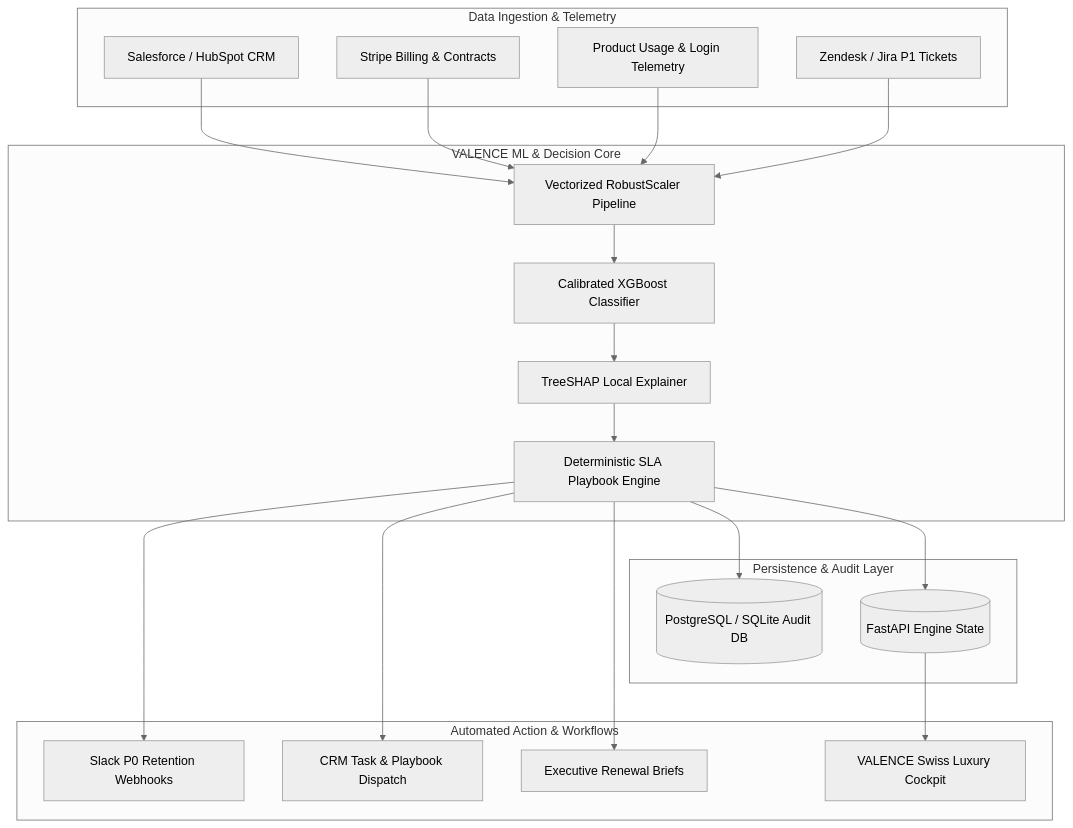
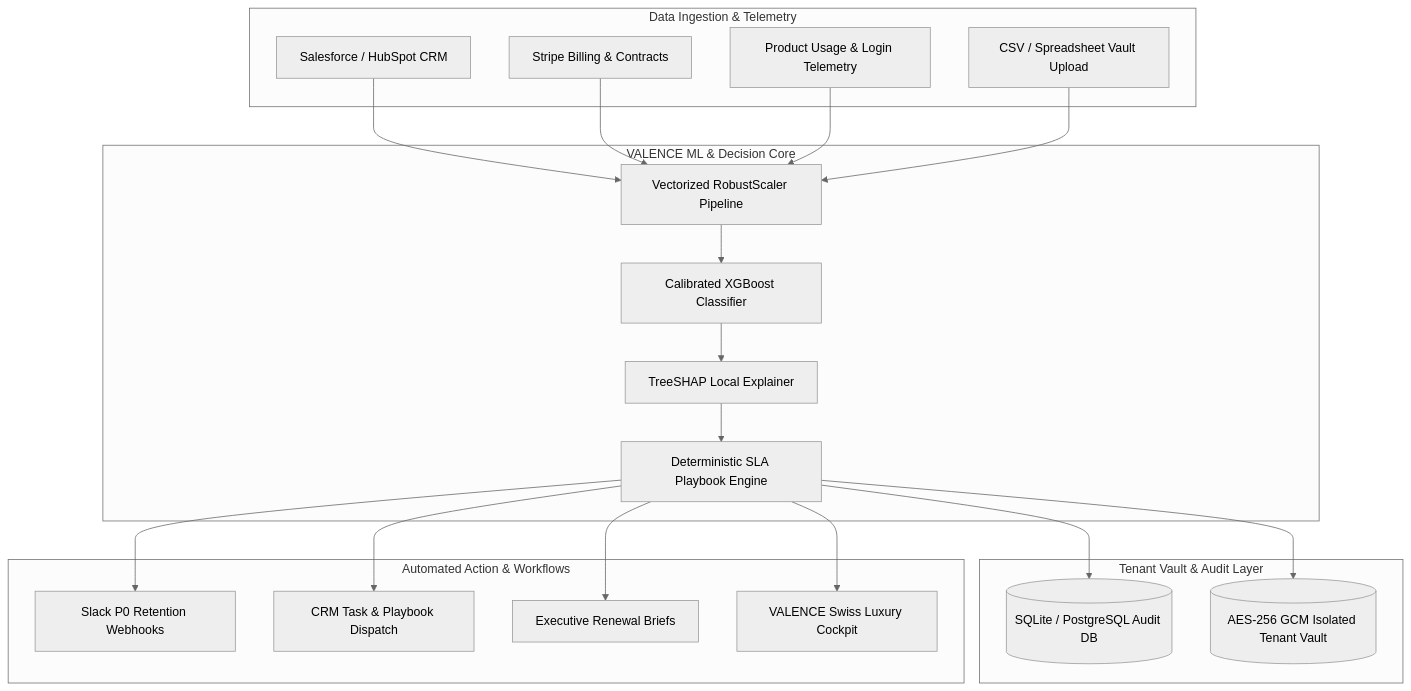
Before and after one commit to Subhamcode16/Enterprise_Churn_Decision_Engine: the diagram in README.md, drawn with Mermaid (neutral theme). The commit also changed other lines of this file and 42 other files, not shown here.

Commit message:
feat: complete enterprise churn intelligence engine with real-time TreeSHAP attributions and 3-stage vault ingestion modal

````diff
--- a/README.md
+++ b/README.md
@@ -63,44 +63,44 @@
 ```mermaid
 flowchart TD
     subgraph Data Sources [Data Ingestion & Telemetry]
         CRM[Salesforce / HubSpot CRM]
         BILL[Stripe Billing & Contracts]
         LOGS[Product Usage & Login Telemetry]
-        SUPP[Zendesk / Jira P1 Tickets]
+        CSV[CSV / Spreadsheet Vault Upload]
     end
 
     subgraph Core Engine [VALENCE ML & Decision Core]
         PIPE[Vectorized RobustScaler Pipeline]
         XGB[Calibrated XGBoost Classifier]
         SHAP[TreeSHAP Local Explainer]
         RULES[Deterministic SLA Playbook Engine]
     end
 
-    subgraph Persistence [Persistence & Audit Layer]
-        SQL[(PostgreSQL / SQLite Audit DB)]
-        MEM[(FastAPI Engine State)]
+    subgraph Persistence [Tenant Vault & Audit Layer]
+        SQL[(SQLite / PostgreSQL Audit DB)]
+        VAULT[(AES-256 GCM Isolated Tenant Vault)]
     end
 
     subgraph Action Egress [Automated Action & Workflows]
         SLACK[Slack P0 Retention Webhooks]
         CRM_OUT[CRM Task & Playbook Dispatch]
         BRIEF[Executive Renewal Briefs]
         DASH[VALENCE Swiss Luxury Cockpit]
     end
 
     CRM --> PIPE
     BILL --> PIPE
     LOGS --> PIPE
-    SUPP --> PIPE
+    CSV --> PIPE
 
     PIPE --> XGB
     XGB --> SHAP
     SHAP --> RULES
     RULES --> SQL
-    RULES --> MEM
+    RULES --> VAULT
 
     RULES --> SLACK
     RULES --> CRM_OUT
     RULES --> BRIEF
-    MEM --> DASH
+    RULES --> DASH
 ```
````
